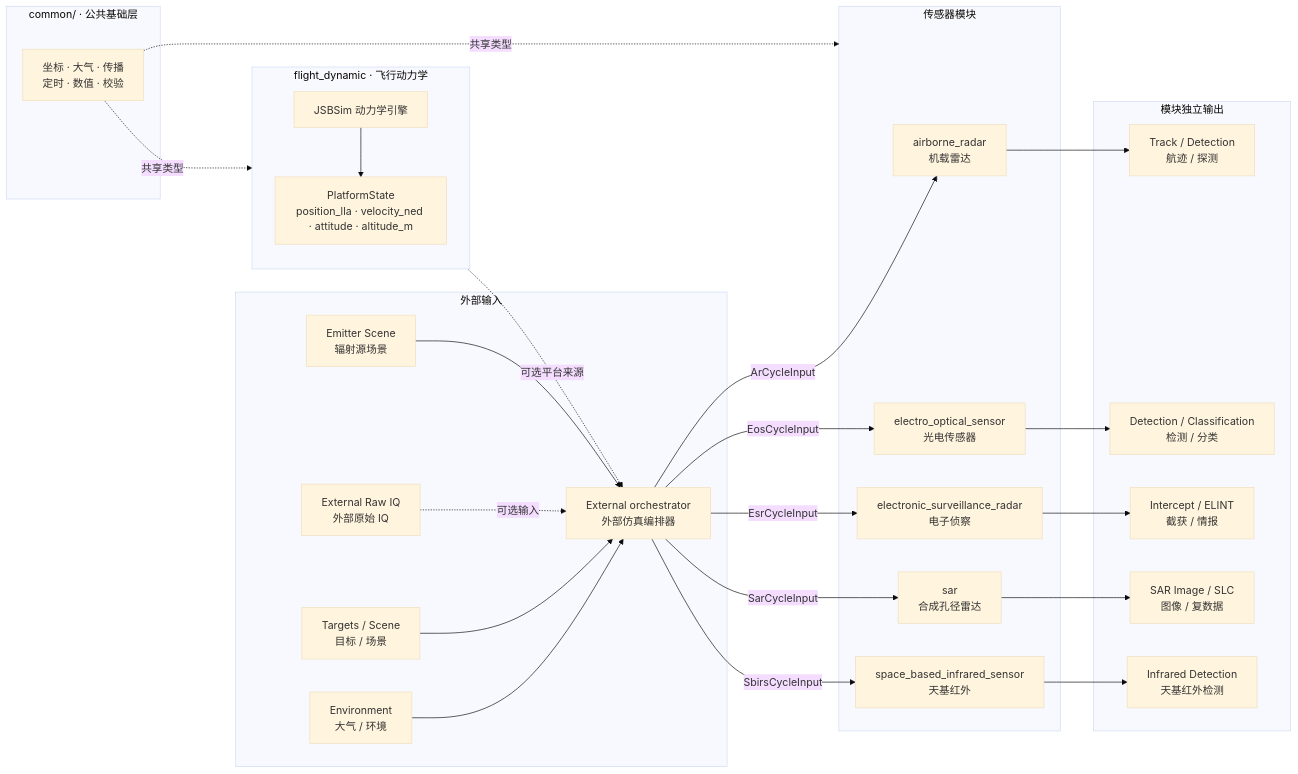
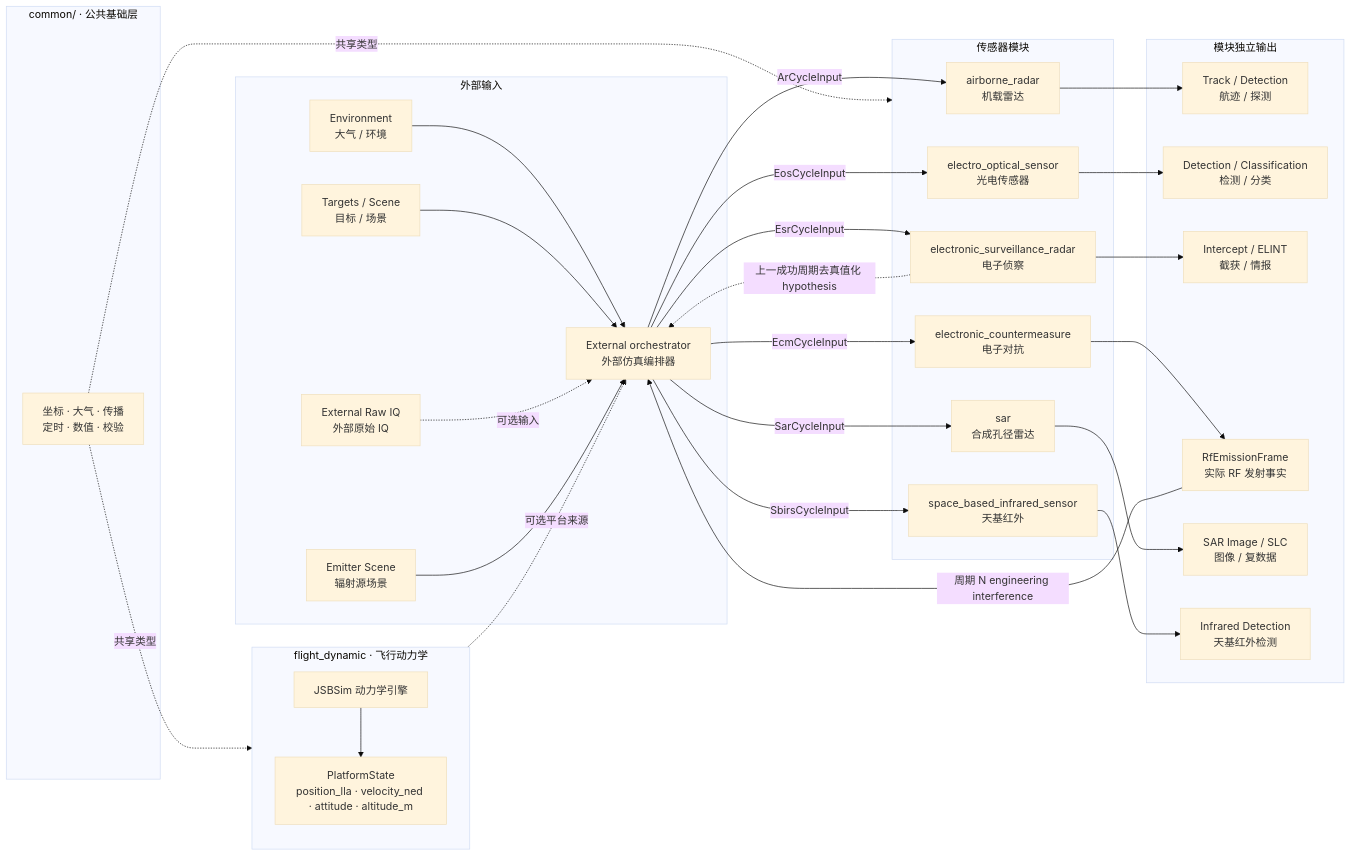
The diagram in docs/common/contract.md (boilwater-3/1q), drawn with Mermaid (base theme) before and after one commit. The commit also changed other lines of this file and 124 other files, not shown here.

Commit message:
feat(ecm): add engineering RF interference pipeline

````diff
--- a/docs/common/contract.md
+++ b/docs/common/contract.md
@@ -374,57 +393,63 @@
 ```mermaid
 flowchart LR
   subgraph Common["common/ · 公共基础层"]
     CORE[坐标 · 大气 · 传播\n定时 · 数值 · 校验]
   end
 
   subgraph FD["flight_dynamic · 飞行动力学"]
     direction TB
     JSB[JSBSim 动力学引擎]
     STATE[PlatformState\nposition_lla · velocity_ned · attitude · altitude_m]
     JSB --> STATE
   end
 
   subgraph EXT["外部输入"]
     ORCH[External orchestrator\n外部仿真编排器]
     TGT[Targets / Scene\n目标 / 场景]
     ENV[Environment\n大气 / 环境]
     IQ[External Raw IQ\n外部原始 IQ]
     EMIT[Emitter Scene\n辐射源场景]
   end
 
   subgraph SENSORS["传感器模块"]
     AR[airborne_radar\n机载雷达]
     EO[electro_optical_sensor\n光电传感器]
     ESR[electronic_surveillance_radar\n电子侦察]
+    ECM[electronic_countermeasure\n电子对抗]
     SAR[sar\n合成孔径雷达]
     SBIRS[space_based_infrared_sensor\n天基红外]
   end
 
   subgraph OUT["模块独立输出"]
     O1[Track / Detection\n航迹 / 探测]
     O2[Detection / Classification\n检测 / 分类]
     O3[Intercept / ELINT\n截获 / 情报]
+    O6[RfEmissionFrame\n实际 RF 发射事实]
     O4[SAR Image / SLC\n图像 / 复数据]
     O5[Infrared Detection\n天基红外检测]
   end
 
   CORE -.->|共享类型| FD
   CORE -.->|共享类型| SENSORS
 
   STATE -.->|可选平台来源| ORCH
   ENV --> ORCH
   TGT --> ORCH
   IQ -.->|可选输入| ORCH
   EMIT --> ORCH
   ORCH -->|ArCycleInput| AR
   ORCH -->|EosCycleInput| EO
   ORCH -->|EsrCycleInput| ESR
+  ORCH -->|EcmCycleInput| ECM
   ORCH -->|SarCycleInput| SAR
   ORCH -->|SbirsCycleInput| SBIRS
 
   AR --> O1
   EO --> O2
   ESR --> O3
+  ESR -.->|上一成功周期去真值化 hypothesis| ORCH
+  ECM --> O6
+  O6 -->|周期 N engineering interference| ORCH
   SAR --> O4
   SBIRS --> O5
 ```
````
